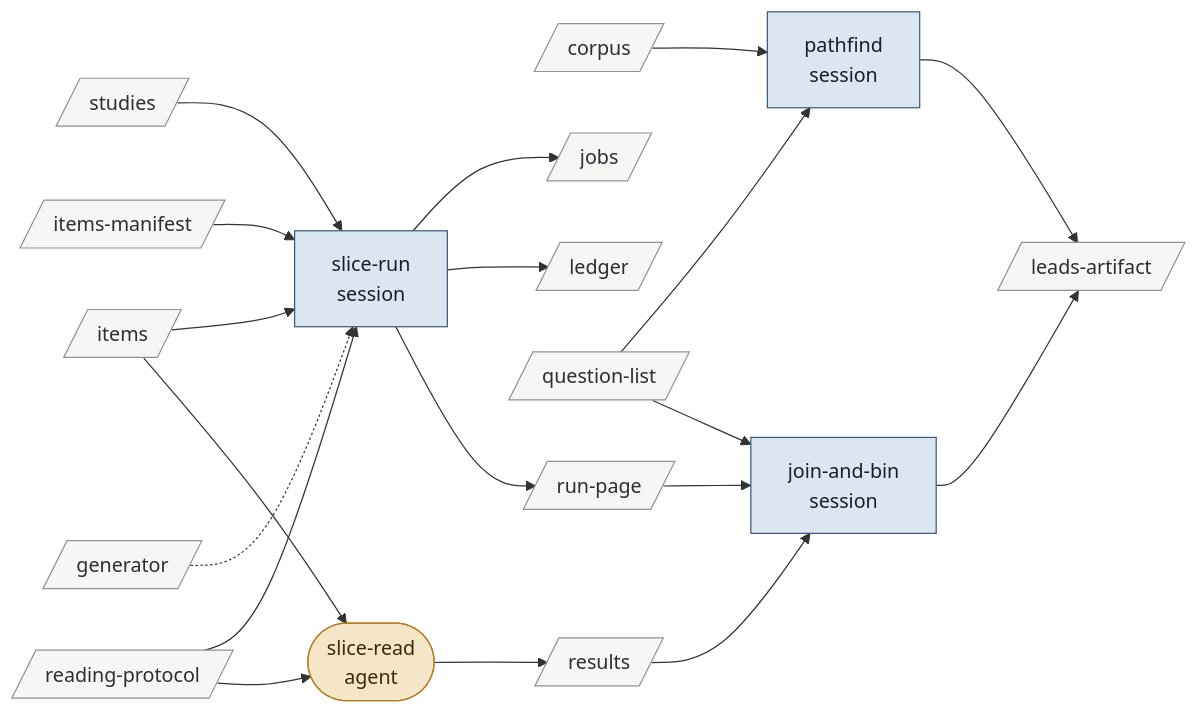
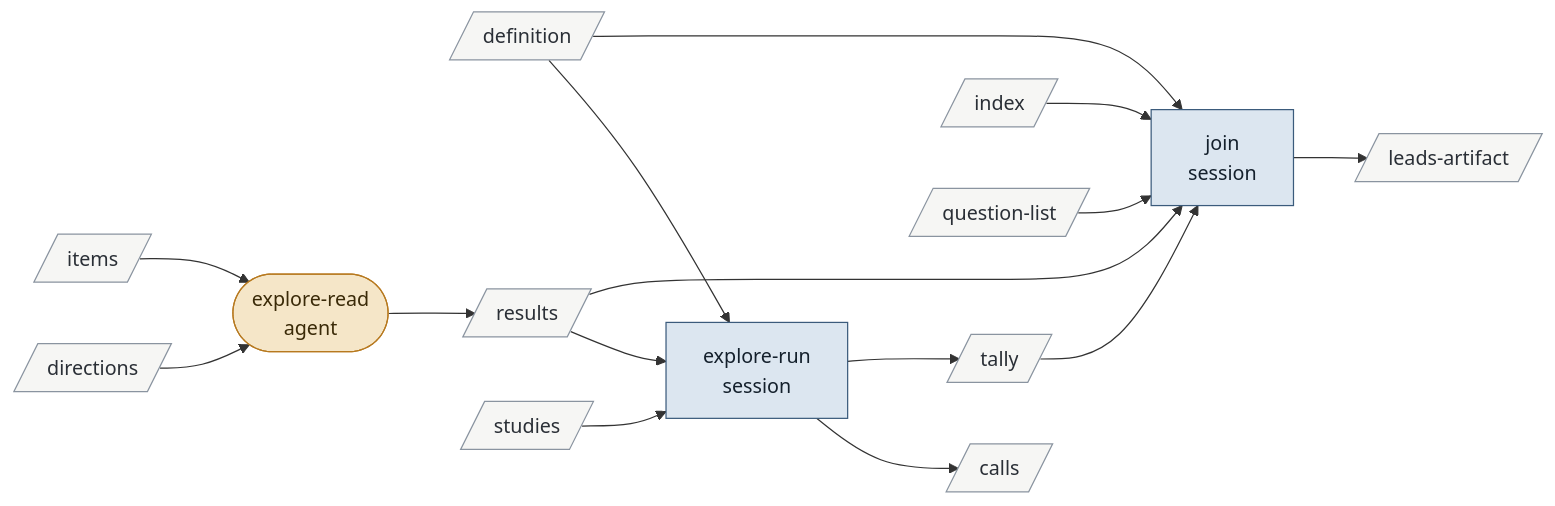
Diagram 11 of 15 in .claude/skills/v3-buildout-2/map.md (bc414/StoryPlanner), drawn with Mermaid before and after one commit. The commit also changed other lines of this file and 29 other files, not shown here.

````diff
--- a/.claude/skills/v3-buildout-2/map.md
+++ b/.claude/skills/v3-buildout-2/map.md
@@ -465,44 +439,37 @@
 ```mermaid
 flowchart LR
   classDef hitl fill:#e9d8e4,stroke:#7a3e6d,color:#2b1a27
   classDef session fill:#dce6f0,stroke:#3b5b7c,color:#14202c
   classDef agent fill:#f5e6c8,stroke:#b7791f,color:#3a2a08
   classDef artifact fill:#f6f6f4,stroke:#8a94a0,color:#2a2f36
   classDef activity fill:#dcebdd,stroke:#4b7f52,color:#122816
   classDef terminus fill:#e4e4ea,stroke:#5b5b7a,color:#1c1c2c
-  pathfind["pathfind<br/>session"]:::session
-  slicerun["slice-run<br/>session"]:::session
-  sliceread(["slice-read<br/>agent"]):::agent
-  joinandbin["join-and-bin<br/>session"]:::session
-  corpus[/"corpus"/]:::artifact
-  generator[/"generator"/]:::artifact
+  explorerun["explore-run<br/>session"]:::session
+  exploreread(["explore-read<br/>agent"]):::agent
+  join["join<br/>session"]:::session
+  calls[/"calls"/]:::artifact
+  definition[/"definition"/]:::artifact
+  directions[/"directions"/]:::artifact
+  index[/"index"/]:::artifact
   items[/"items"/]:::artifact
-  itemsmanifest[/"items-manifest"/]:::artifact
-  jobs[/"jobs"/]:::artifact
   leadsartifact[/"leads-artifact"/]:::artifact
-  ledger[/"ledger"/]:::artifact
   questionlist[/"question-list"/]:::artifact
-  readingprotocol[/"reading-protocol"/]:::artifact
   results[/"results"/]:::artifact
-  runpage[/"run-page"/]:::artifact
   studies[/"studies"/]:::artifact
+  tally[/"tally"/]:::artifact
 
-  corpus --> pathfind
-  questionlist --> pathfind
-  pathfind --> leadsartifact
-  studies --> slicerun
-  items --> slicerun
-  itemsmanifest --> slicerun
-  readingprotocol --> slicerun
-  generator -.-> slicerun
-  slicerun --> jobs
-  slicerun --> ledger
-  slicerun --> runpage
-  readingprotocol --> sliceread
-  items --> sliceread
-  sliceread --> results
-  results --> joinandbin
-  runpage --> joinandbin
-  questionlist --> joinandbin
-  joinandbin --> leadsartifact
+  studies --> explorerun
+  definition --> explorerun
+  results --> explorerun
+  explorerun --> calls
+  explorerun --> tally
+  directions --> exploreread
+  items --> exploreread
+  exploreread --> results
+  definition --> join
+  index --> join
+  results --> join
+  tally --> join
+  questionlist --> join
+  join --> leadsartifact
 ```
````
